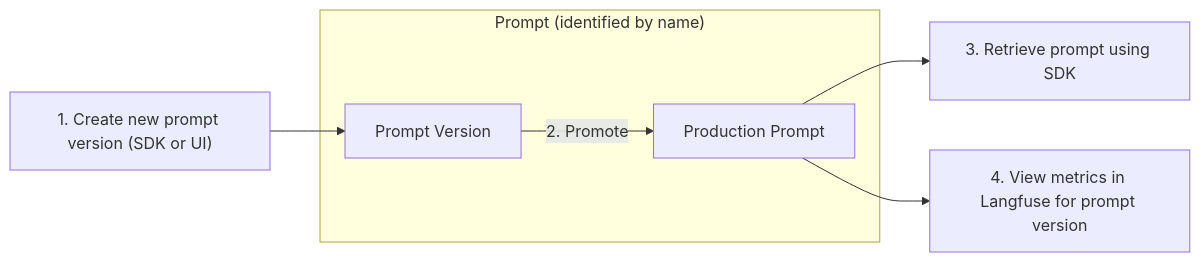
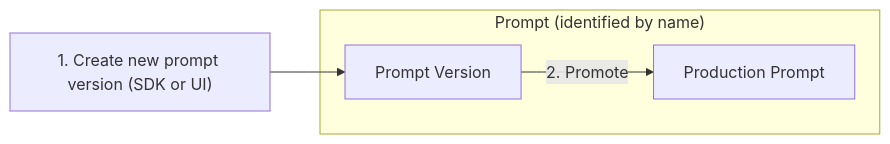
One commit to langfuse/langfuse-docs changed the diagram in pages/docs/prompts.mdx. Above: the diagram before and after it, drawn with Mermaid. The commit also changed other lines of this file and 11 other files, not shown here.

````diff
--- a/pages/docs/prompts.mdx
+++ b/pages/docs/prompts.mdx
@@ -27,9 +22,7 @@
 ```mermaid
 graph LR
     A["1. Create new prompt version (SDK or UI)"] --> PV
     subgraph S1["Prompt (identified by name)"]
         PV["Prompt Version"] -->|"2. Promote"| PP["Production Prompt"]
     end
-    PP --> D["3. Retrieve prompt using SDK"]
-    PP --> E["4. View metrics in Langfuse for prompt version"]
 ```
````
